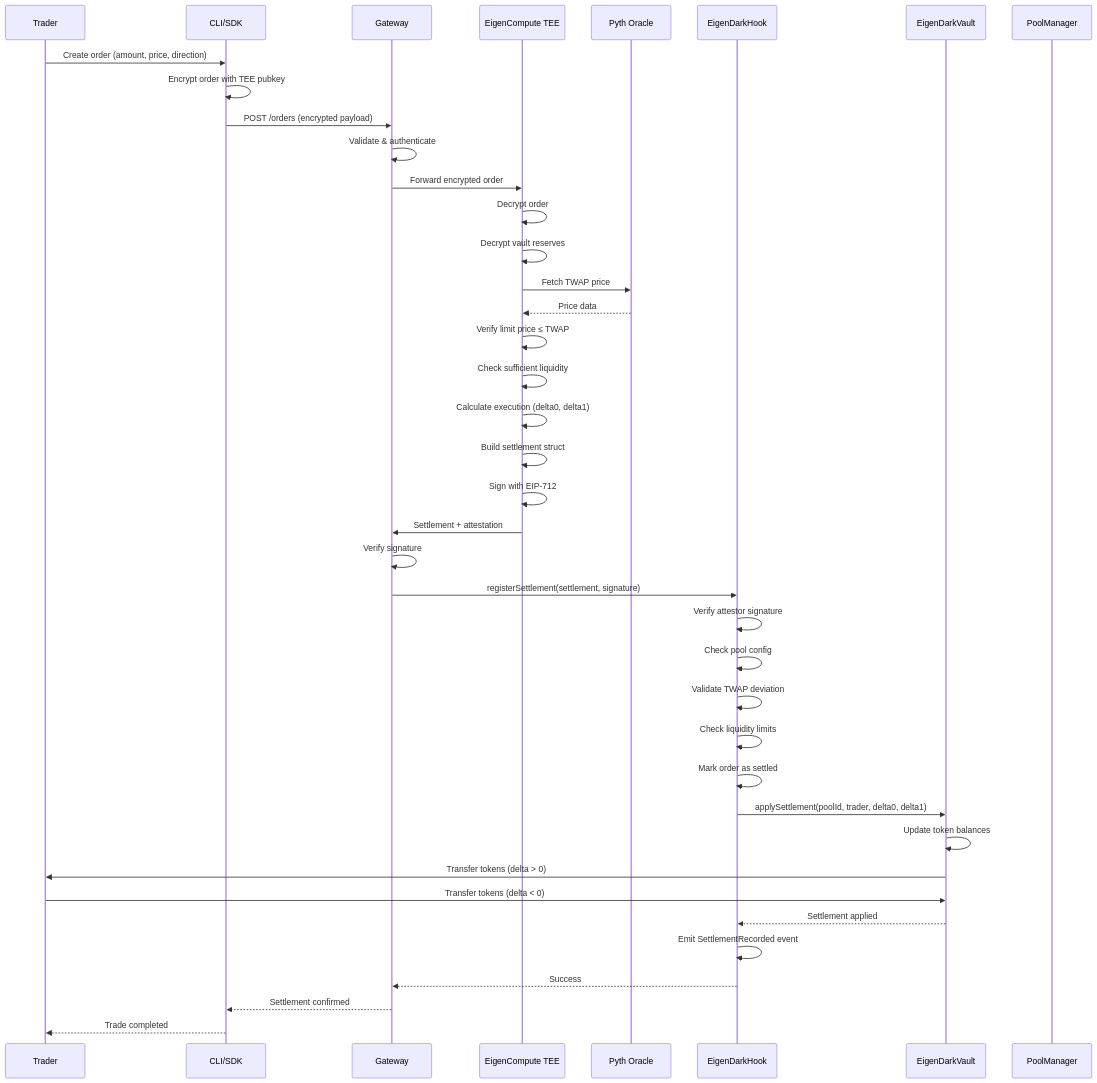
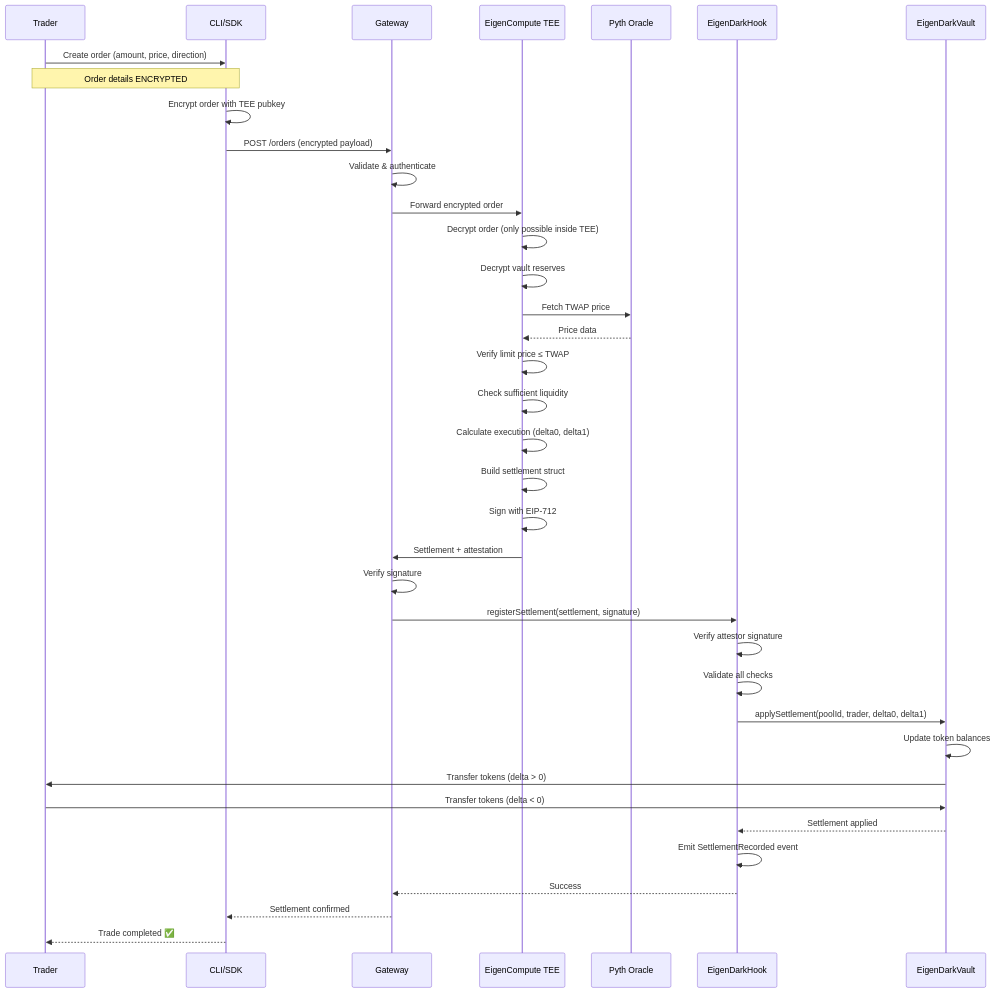
Before and after one commit to Najnomics/EigenDark-Hook: the second of 6 diagrams in README.md, drawn with Mermaid. The commit also changed other lines of this file and 11 other files, not shown here.

Commit message:
Keep local e2e flow and update README

````diff
--- a/README.md
+++ b/README.md
@@ -483,43 +172,40 @@
 ```mermaid
 sequenceDiagram
     participant T as Trader
     participant CLI as CLI/SDK
     participant GW as Gateway
     participant TEE as EigenCompute TEE
     participant PYTH as Pyth Oracle
     participant HOOK as EigenDarkHook
     participant VAULT as EigenDarkVault
-    participant PM as PoolManager
     
     T->>CLI: Create order (amount, price, direction)
+    Note over T,CLI: Order details ENCRYPTED
     CLI->>CLI: Encrypt order with TEE pubkey
     CLI->>GW: POST /orders (encrypted payload)
     GW->>GW: Validate & authenticate
     GW->>TEE: Forward encrypted order
-    TEE->>TEE: Decrypt order
+    TEE->>TEE: Decrypt order (only possible inside TEE)
     TEE->>TEE: Decrypt vault reserves
     TEE->>PYTH: Fetch TWAP price
     PYTH-->>TEE: Price data
     TEE->>TEE: Verify limit price ≤ TWAP
     TEE->>TEE: Check sufficient liquidity
     TEE->>TEE: Calculate execution (delta0, delta1)
     TEE->>TEE: Build settlement struct
     TEE->>TEE: Sign with EIP-712
     TEE->>GW: Settlement + attestation
     GW->>GW: Verify signature
     GW->>HOOK: registerSettlement(settlement, signature)
     HOOK->>HOOK: Verify attestor signature
-    HOOK->>HOOK: Check pool config
-    HOOK->>HOOK: Validate TWAP deviation
-    HOOK->>HOOK: Check liquidity limits
-    HOOK->>HOOK: Mark order as settled
+    HOOK->>HOOK: Validate all checks
     HOOK->>VAULT: applySettlement(poolId, trader, delta0, delta1)
     VAULT->>VAULT: Update token balances
     VAULT->>T: Transfer tokens (delta > 0)
     T->>VAULT: Transfer tokens (delta < 0)
     VAULT-->>HOOK: Settlement applied
     HOOK->>HOOK: Emit SettlementRecorded event
     HOOK-->>GW: Success
     GW-->>CLI: Settlement confirmed
-    CLI-->>T: Trade completed
+    CLI-->>T: Trade completed ✅
 ```
````
